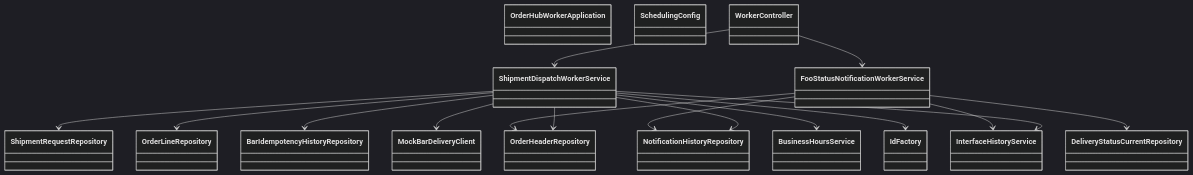
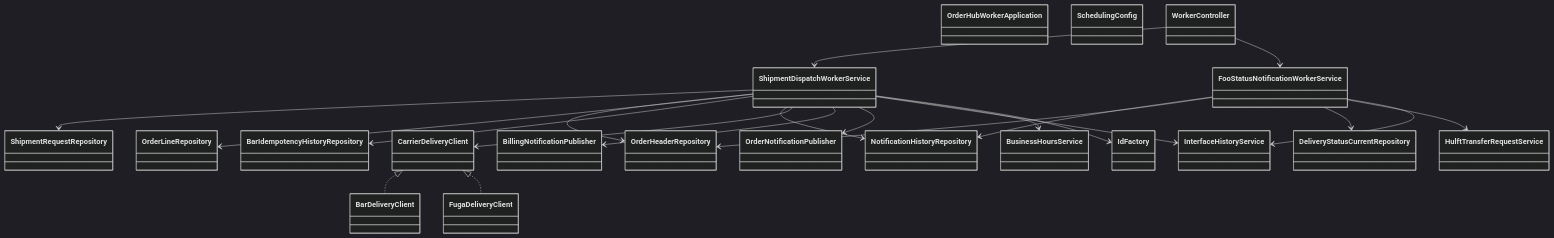
The diagram in docs/自社内部設計/業務設計/クラス設計書/CLD-002_Workerモジュールクラス設計書.md (CalorieMateEater/training-project-logistics-company), drawn with Mermaid (dark theme) before and after one commit. The commit also changed other lines of this file and 66 other files, not shown here.

````diff
--- a/docs/自社内部設計/業務設計/クラス設計書/CLD-002_Workerモジュールクラス設計書.md
+++ b/docs/自社内部設計/業務設計/クラス設計書/CLD-002_Workerモジュールクラス設計書.md
@@ -23,34 +28,44 @@
 ```mermaid
 classDiagram
     class OrderHubWorkerApplication
     class SchedulingConfig
     class WorkerController
     class ShipmentDispatchWorkerService
     class FooStatusNotificationWorkerService
-    class MockBarDeliveryClient
+    class CarrierDeliveryClient
+    class BarDeliveryClient
+    class FugaDeliveryClient
+    class BillingNotificationPublisher
+    class OrderNotificationPublisher
+    class HulftTransferRequestService
     class InterfaceHistoryService
     class ShipmentRequestRepository
     class OrderHeaderRepository
     class OrderLineRepository
     class BarIdempotencyHistoryRepository
     class NotificationHistoryRepository
     class DeliveryStatusCurrentRepository
     class BusinessHoursService
     class IdFactory
 
     WorkerController --> ShipmentDispatchWorkerService
     WorkerController --> FooStatusNotificationWorkerService
     ShipmentDispatchWorkerService --> ShipmentRequestRepository
     ShipmentDispatchWorkerService --> OrderHeaderRepository
     ShipmentDispatchWorkerService --> OrderLineRepository
     ShipmentDispatchWorkerService --> BarIdempotencyHistoryRepository
     ShipmentDispatchWorkerService --> NotificationHistoryRepository
-    ShipmentDispatchWorkerService --> MockBarDeliveryClient
+    ShipmentDispatchWorkerService --> CarrierDeliveryClient
+    CarrierDeliveryClient <|.. BarDeliveryClient
+    CarrierDeliveryClient <|.. FugaDeliveryClient
+    ShipmentDispatchWorkerService --> BillingNotificationPublisher
+    ShipmentDispatchWorkerService --> OrderNotificationPublisher
     ShipmentDispatchWorkerService --> InterfaceHistoryService
     ShipmentDispatchWorkerService --> BusinessHoursService
     ShipmentDispatchWorkerService --> IdFactory
     FooStatusNotificationWorkerService --> NotificationHistoryRepository
     FooStatusNotificationWorkerService --> OrderHeaderRepository
     FooStatusNotificationWorkerService --> DeliveryStatusCurrentRepository
+    FooStatusNotificationWorkerService --> HulftTransferRequestService
     FooStatusNotificationWorkerService --> InterfaceHistoryService
 ```
````
